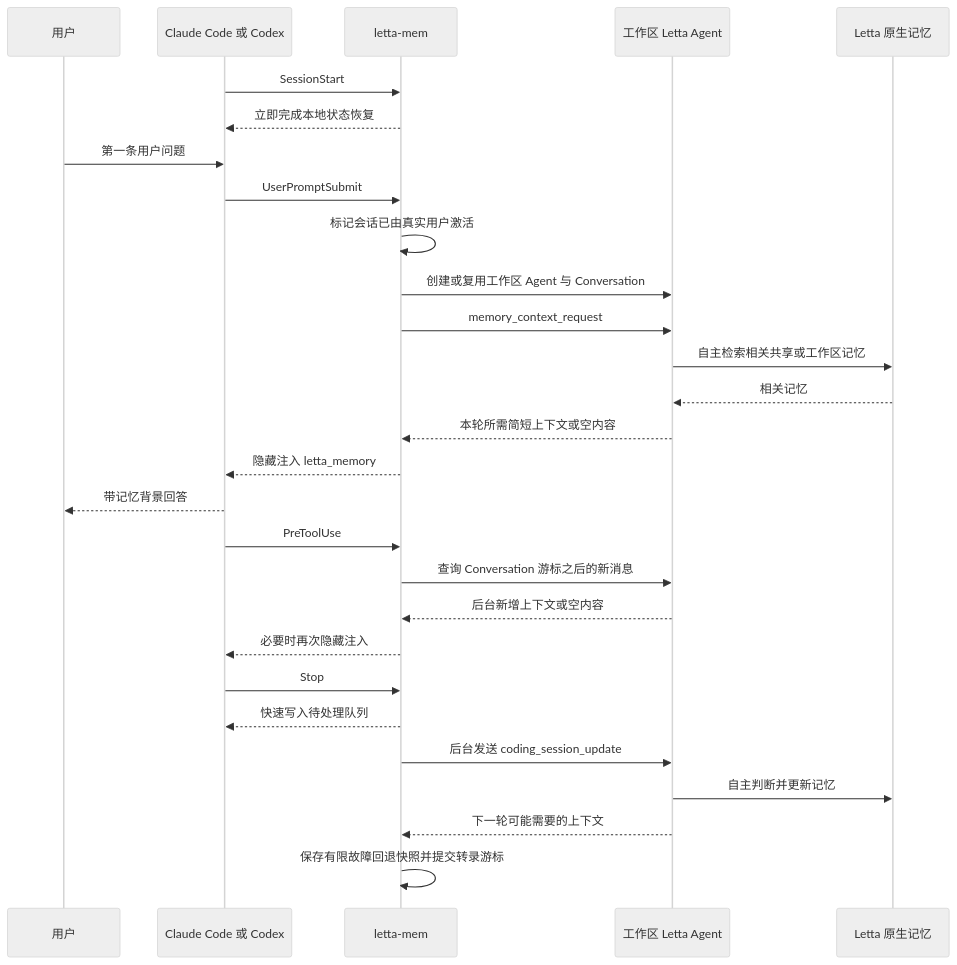
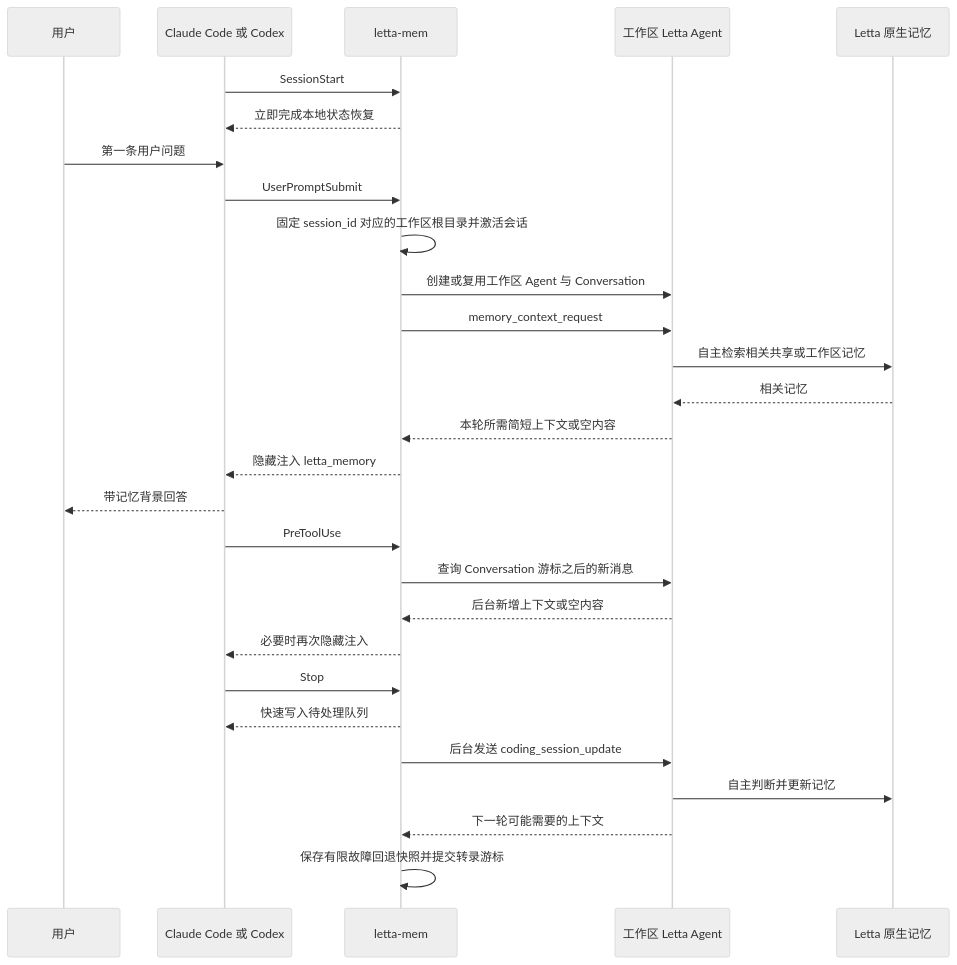
Before and after one commit to rvaim/rvaim-marketplace: the diagram in plugins/letta-mem/README.md, drawn with Mermaid (neutral theme). The commit also changed other lines of this file and 13 other files, not shown here.

````diff
--- a/plugins/letta-mem/README.md
+++ b/plugins/letta-mem/README.md
@@ -103,34 +104,34 @@
 ```mermaid
 sequenceDiagram
     participant U as 用户
     participant H as Claude Code 或 Codex
     participant P as letta-mem
     participant A as 工作区 Letta Agent
     participant M as Letta 原生记忆
 
     H->>P: SessionStart
     P-->>H: 立即完成本地状态恢复
 
     U->>H: 第一条用户问题
     H->>P: UserPromptSubmit
-    P->>P: 标记会话已由真实用户激活
+    P->>P: 固定 session_id 对应的工作区根目录并激活会话
     P->>A: 创建或复用工作区 Agent 与 Conversation
     P->>A: memory_context_request
     A->>M: 自主检索相关共享或工作区记忆
     M-->>A: 相关记忆
     A-->>P: 本轮所需简短上下文或空内容
     P-->>H: 隐藏注入 letta_memory
     H-->>U: 带记忆背景回答
 
     H->>P: PreToolUse
     P->>A: 查询 Conversation 游标之后的新消息
     A-->>P: 后台新增上下文或空内容
     P-->>H: 必要时再次隐藏注入
 
     H->>P: Stop
     P-->>H: 快速写入待处理队列
     P->>A: 后台发送 coding_session_update
     A->>M: 自主判断并更新记忆
     A-->>P: 下一轮可能需要的上下文
     P->>P: 保存有限故障回退快照并提交转录游标
 ```
````
